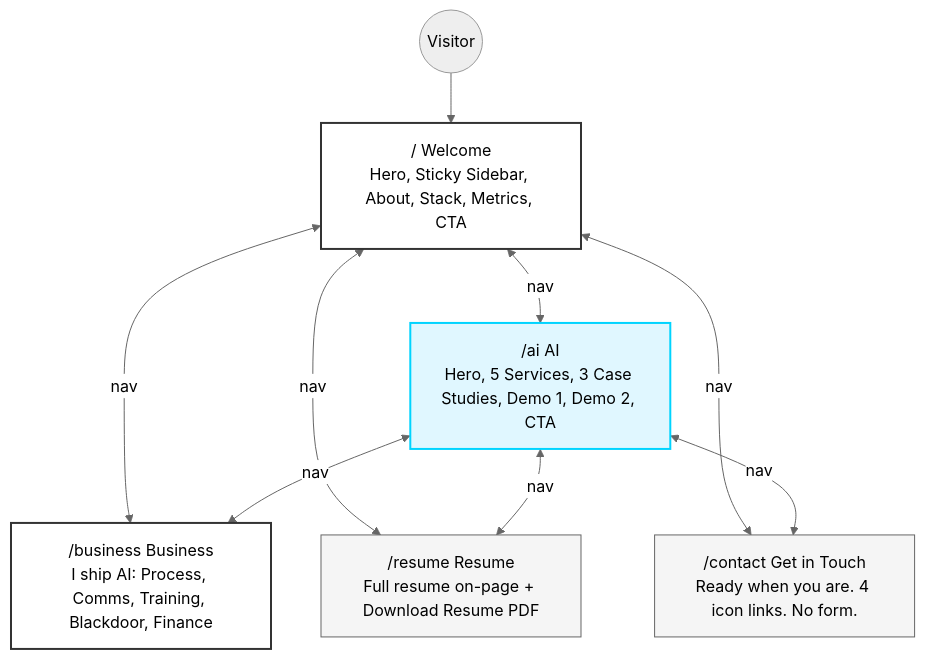
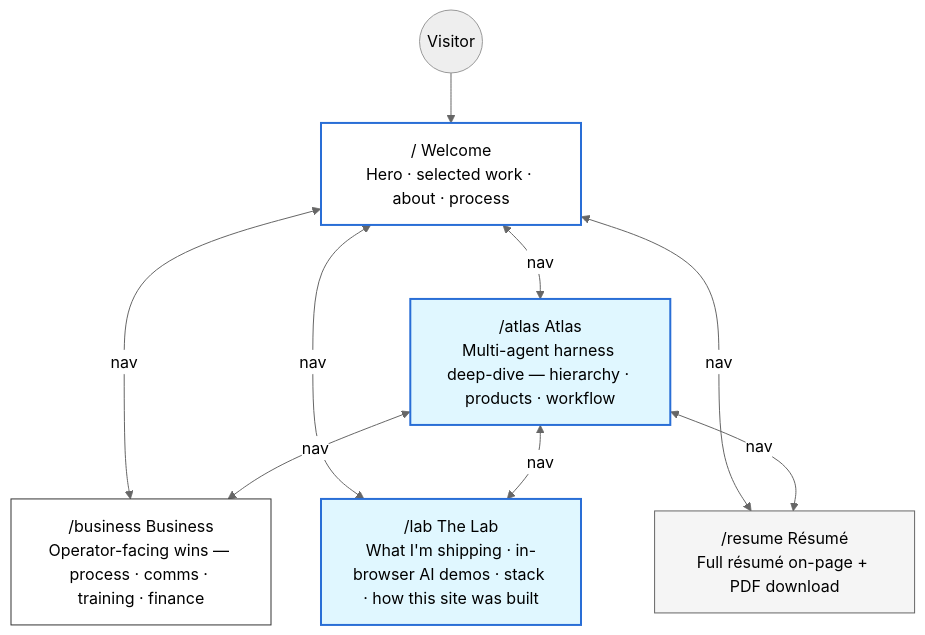
One commit to belonsavon-sys/portfolio changed the diagram in context/project-scope.md. Above: the diagram before and after it, drawn with Mermaid (neutral theme). The commit also changed other lines of this file and 18 other files, not shown here.

````diff
--- a/context/project-scope.md
+++ b/context/project-scope.md
@@ -18,24 +18,24 @@
 ```mermaid
 flowchart TD
     Visitor((Visitor))
-    Welcome["/ Welcome<br/>Hero, Sticky Sidebar, About, Stack, Metrics, CTA"]
-    AI["/ai AI<br/>Hero, 5 Services, 3 Case Studies, Demo 1, Demo 2, CTA"]
-    Business["/business Business<br/>I ship AI: Process, Comms, Training, Blackdoor, Finance"]
-    Resume["/resume Resume<br/>Full resume on-page + Download Resume PDF"]
-    Contact["/contact Get in Touch<br/>Ready when you are. 4 icon links. No form."]
+    Welcome["/ Welcome<br/>Hero · selected work · about · process"]
+    Atlas["/atlas Atlas<br/>Multi-agent harness deep-dive — hierarchy · products · workflow"]
+    Business["/business Business<br/>Operator-facing wins — process · comms · training · finance"]
+    Lab["/lab The Lab<br/>What I'm shipping · in-browser AI demos · stack · how this site was built"]
+    Resume["/resume Résumé<br/>Full résumé on-page + PDF download"]
 
     Visitor --> Welcome
-    Welcome <-->|nav| AI
+    Welcome <-->|nav| Atlas
     Welcome <-->|nav| Business
+    Welcome <-->|nav| Lab
     Welcome <-->|nav| Resume
-    Welcome <-->|nav| Contact
-    AI <-->|nav| Business
-    AI <-->|nav| Resume
-    AI <-->|nav| Contact
+    Atlas <-->|nav| Business
+    Atlas <-->|nav| Lab
+    Atlas <-->|nav| Resume
 
-    style Welcome fill:#fff,stroke:#333,stroke-width:2px
-    style AI fill:#e0f7ff,stroke:#00d4ff,stroke-width:2px
-    style Business fill:#fff,stroke:#333,stroke-width:2px
+    style Welcome fill:#fff,stroke:#296ed6,stroke-width:2px
+    style Atlas fill:#e0f7ff,stroke:#296ed6,stroke-width:2px
+    style Business fill:#fff,stroke:#333
+    style Lab fill:#e0f7ff,stroke:#296ed6,stroke-width:2px
     style Resume fill:#f5f5f5,stroke:#666
-    style Contact fill:#f5f5f5,stroke:#666
 ```
````
